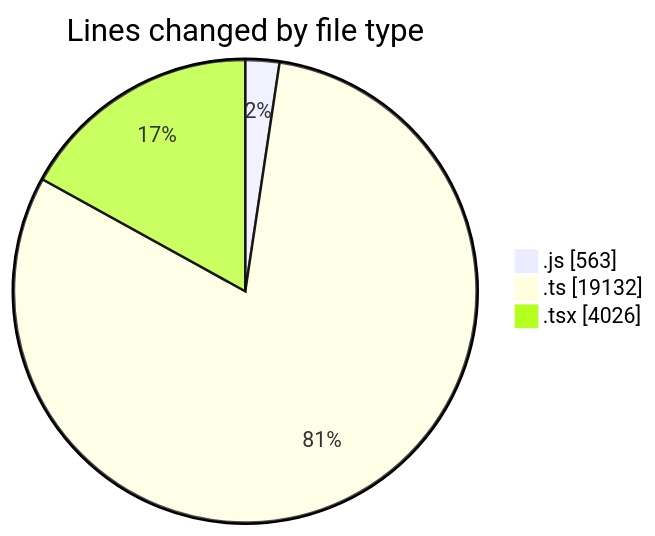
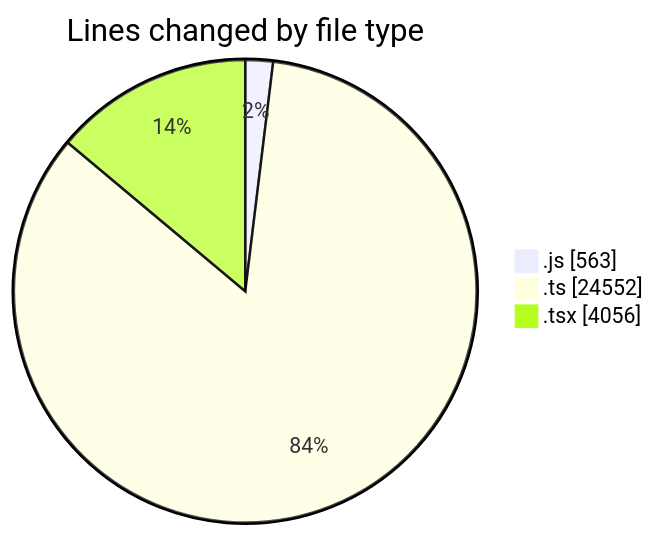
Before and after one commit to momahboobian/code-tracking: the first of 2 diagrams in 2025-11-14/cda/README.md, drawn with Mermaid. The commit also changed other lines of this file and 1 other file, not shown here.

````diff
--- a/2025-11-14/cda/README.md
+++ b/2025-11-14/cda/README.md
@@ -43,7 +43,7 @@
 ```mermaid
 pie showData
 title Lines changed by file type
 ".js" : 563
-".ts" : 19132
-".tsx" : 4026
+".ts" : 24552
+".tsx" : 4056
 ```
````
